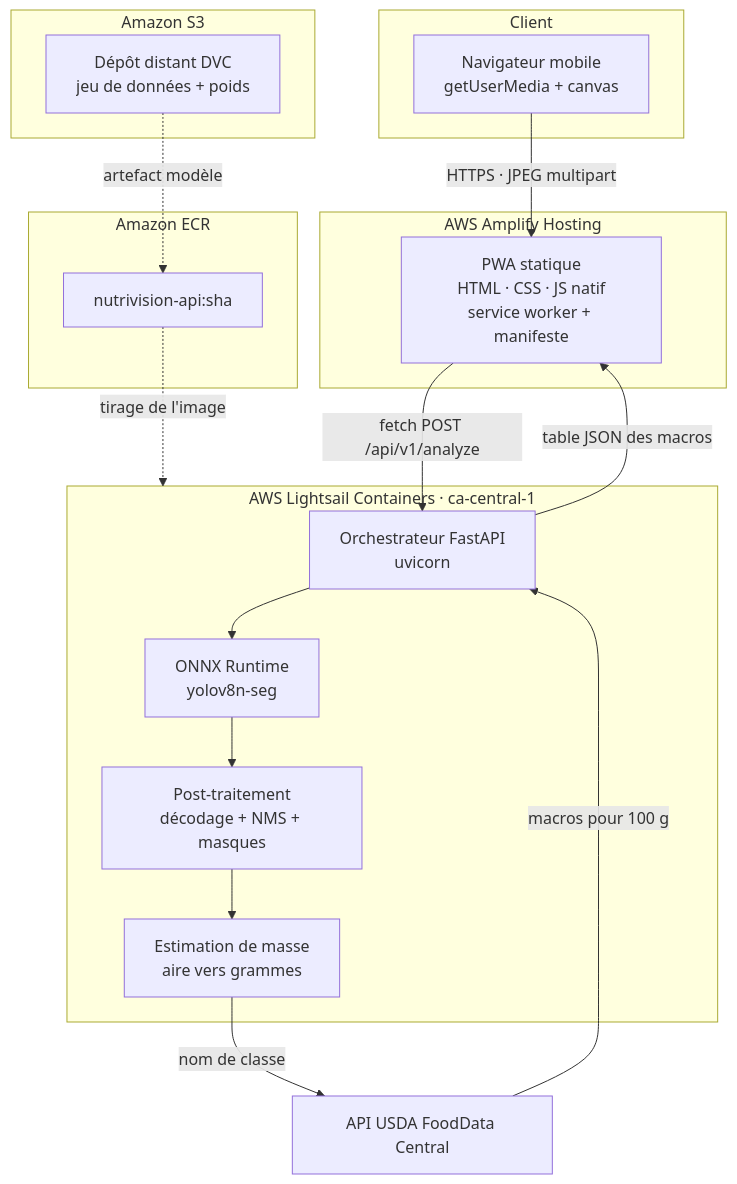
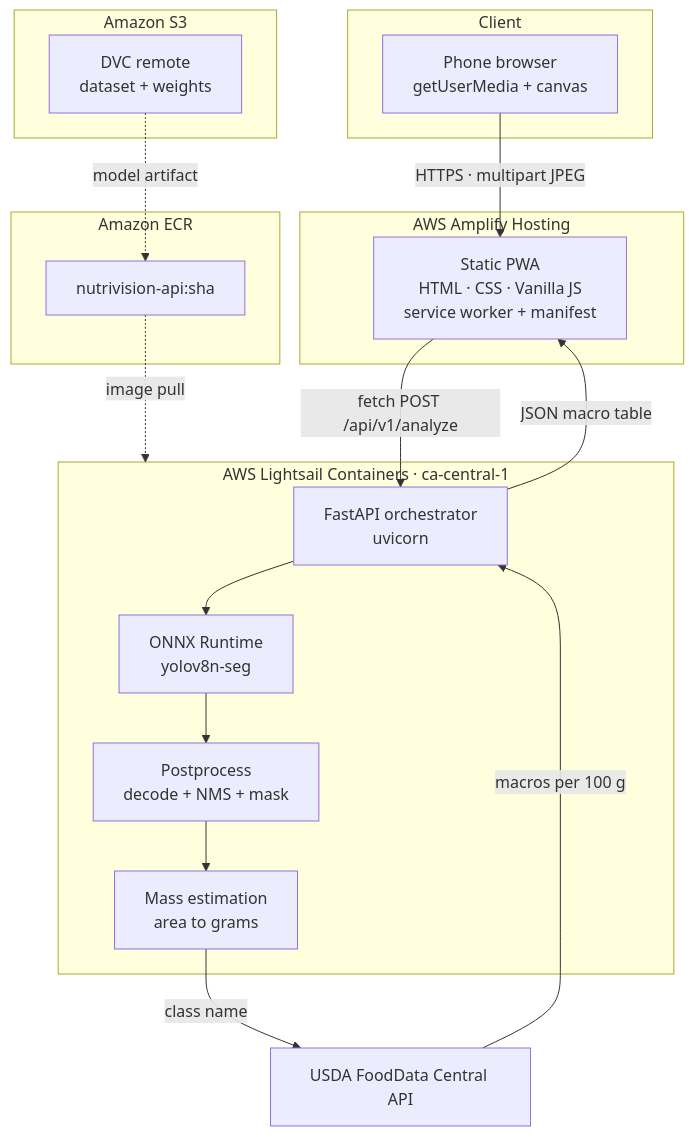
Before and after one commit to Zen-Daitsu/Nutrivision: the first of 5 diagrams in README.md, drawn with Mermaid. The commit also changed other lines of this file, not shown here.

````diff
--- a/README.md
+++ b/README.md
@@ -43,36 +43,36 @@
 ```mermaid
 flowchart TB
     subgraph client["Client"]
-        phone["Navigateur mobile<br/>getUserMedia + canvas"]
+        phone["Phone browser<br/>getUserMedia + canvas"]
     end
 
     subgraph edge["AWS Amplify Hosting"]
-        pwa["PWA statique<br/>HTML · CSS · JS natif<br/>service worker + manifeste"]
+        pwa["Static PWA<br/>HTML · CSS · Vanilla JS<br/>service worker + manifest"]
     end
 
     subgraph compute["AWS Lightsail Containers · ca-central-1"]
-        api["Orchestrateur FastAPI<br/>uvicorn"]
+        api["FastAPI orchestrator<br/>uvicorn"]
         ort["ONNX Runtime<br/>yolov8n-seg"]
-        post["Post-traitement<br/>décodage + NMS + masques"]
-        mass["Estimation de masse<br/>aire vers grammes"]
+        post["Postprocess<br/>decode + NMS + mask"]
+        mass["Mass estimation<br/>area to grams"]
     end
 
     subgraph registry["Amazon ECR"]
         img["nutrivision-api:sha"]
     end
 
     subgraph data["Amazon S3"]
-        dvc["Dépôt distant DVC<br/>jeu de données + poids"]
+        dvc["DVC remote<br/>dataset + weights"]
     end
 
-    ext["API USDA FoodData Central"]
+    ext["USDA FoodData Central API"]
 
-    phone -->|"HTTPS · JPEG multipart"| pwa
+    phone -->|"HTTPS · multipart JPEG"| pwa
     pwa -->|"fetch POST /api/v1/analyze"| api
     api --> ort --> post --> mass
-    mass -->|"nom de classe"| ext
-    ext -->|"macros pour 100 g"| api
-    api -->|"table JSON des macros"| pwa
-    img -.->|"tirage de l'image"| compute
-    dvc -.->|"artefact modèle"| img
+    mass -->|"class name"| ext
+    ext -->|"macros per 100 g"| api
+    api -->|"JSON macro table"| pwa
+    img -.->|"image pull"| compute
+    dvc -.->|"model artifact"| img
 ```
````
